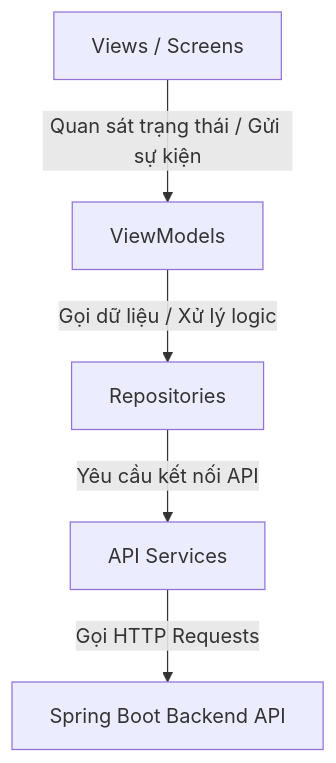
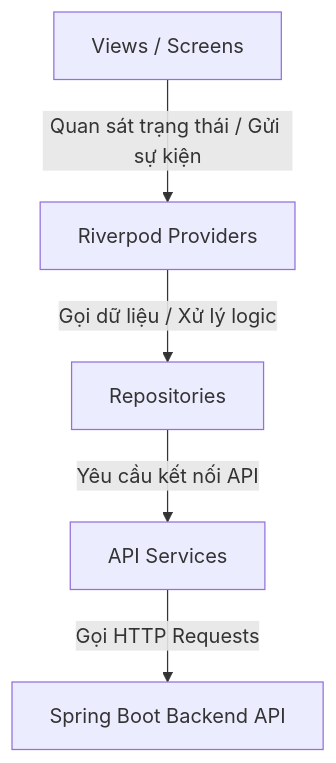
The diagram in japanese_learning_flutter/README.md (anpt2309/PRM393-SE1923-Group-2), drawn with Mermaid before and after one commit. The commit also changed other lines of this file, not shown here.

````diff
--- a/japanese_learning_flutter/README.md
+++ b/japanese_learning_flutter/README.md
@@ -11,7 +11,7 @@
 ```mermaid
 graph TD
-    View[Views / Screens] -->|Quan sát trạng thái / Gửi sự kiện| ViewModel[ViewModels]
+    View[Views / Screens] -->|Quan sát trạng thái / Gửi sự kiện| ViewModel[Riverpod Providers]
     ViewModel -->|Gọi dữ liệu / Xử lý logic| Repository[Repositories]
     Repository -->|Yêu cầu kết nối API| Service[API Services]
     Service -->|Gọi HTTP Requests| Backend[Spring Boot Backend API]
 ```
````
